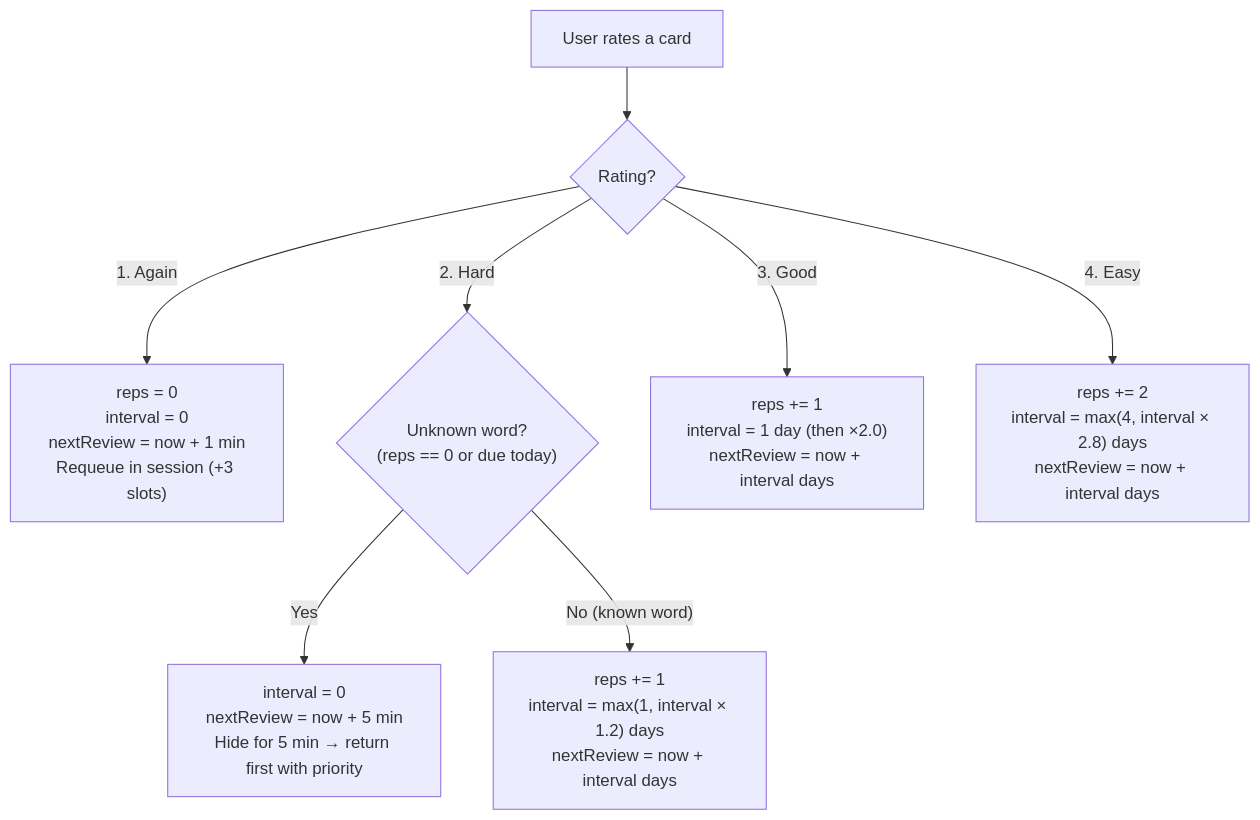
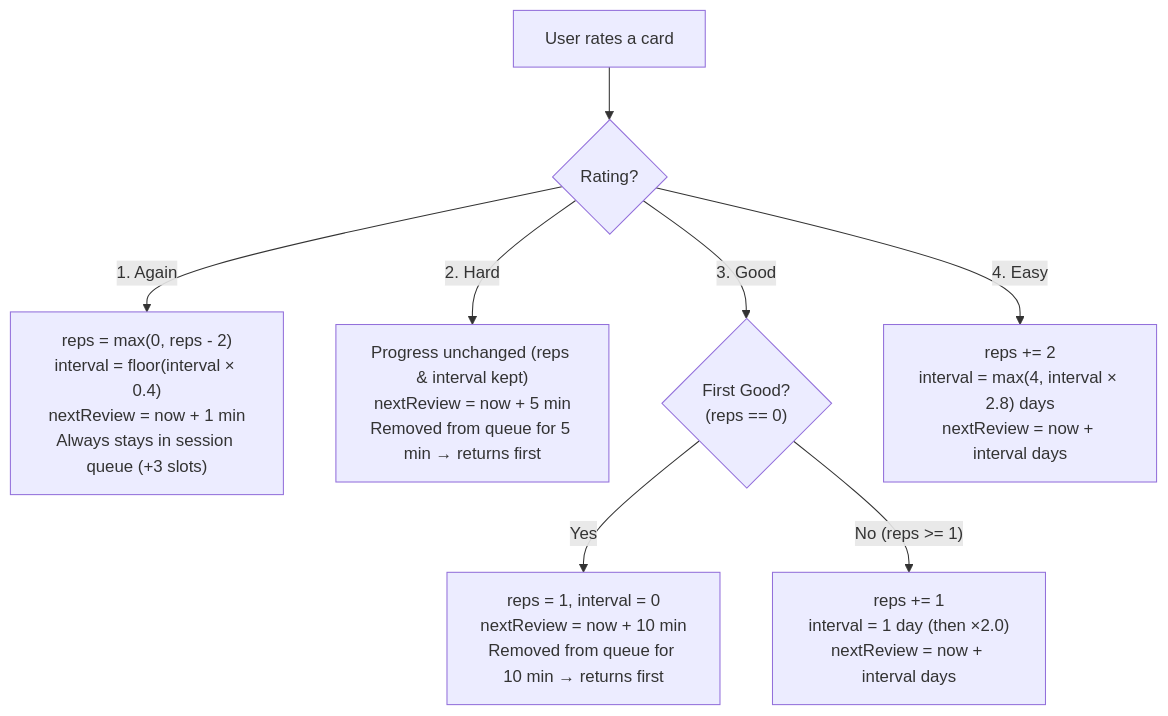
Before and after one commit to an2ancan/anki: the third of 5 diagrams in ARCHITECTURE.md, drawn with Mermaid. The commit also changed other lines of this file and 4 other files, not shown here.

````diff
--- a/ARCHITECTURE.md
+++ b/ARCHITECTURE.md
@@ -179,14 +179,14 @@
 ```mermaid
 flowchart TD
   Start["User rates a card"] --> Check{"Rating?"}
 
-  Check -->|"1. Again"| Again["reps = 0<br/>interval = 0<br/>nextReview = now + 1 min<br/>Requeue in session (+3 slots)"]
+  Check -->|"1. Again"| Again["reps = max(0, reps - 2)<br/>interval = floor(interval × 0.4)<br/>nextReview = now + 1 min<br/>Always stays in session queue (+3 slots)"]
 
-  Check -->|"2. Hard"| IsUnk{"Unknown word?<br/>(reps == 0 or due today)"}
-  IsUnk -->|"Yes"| HardUnk["interval = 0<br/>nextReview = now + 5 min<br/>Hide for 5 min → return first with priority"]
-  IsUnk -->|"No (known word)"| HardKnown["reps += 1<br/>interval = max(1, interval × 1.2) days<br/>nextReview = now + interval days"]
+  Check -->|"2. Hard"| Hard["Progress unchanged (reps & interval kept)<br/>nextReview = now + 5 min<br/>Removed from queue for 5 min → returns first"]
 
-  Check -->|"3. Good"| Good["reps += 1<br/>interval = 1 day (then ×2.0)<br/>nextReview = now + interval days"]
+  Check -->|"3. Good"| FirstGood{"First Good?<br/>(reps == 0)"}
+  FirstGood -->|"Yes"| Good10["reps = 1, interval = 0<br/>nextReview = now + 10 min<br/>Removed from queue for 10 min → returns first"]
+  FirstGood -->|"No (reps >= 1)"| GoodDays["reps += 1<br/>interval = 1 day (then ×2.0)<br/>nextReview = now + interval days"]
 
   Check -->|"4. Easy"| Easy["reps += 2<br/>interval = max(4, interval × 2.8) days<br/>nextReview = now + interval days"]
 ```
````
